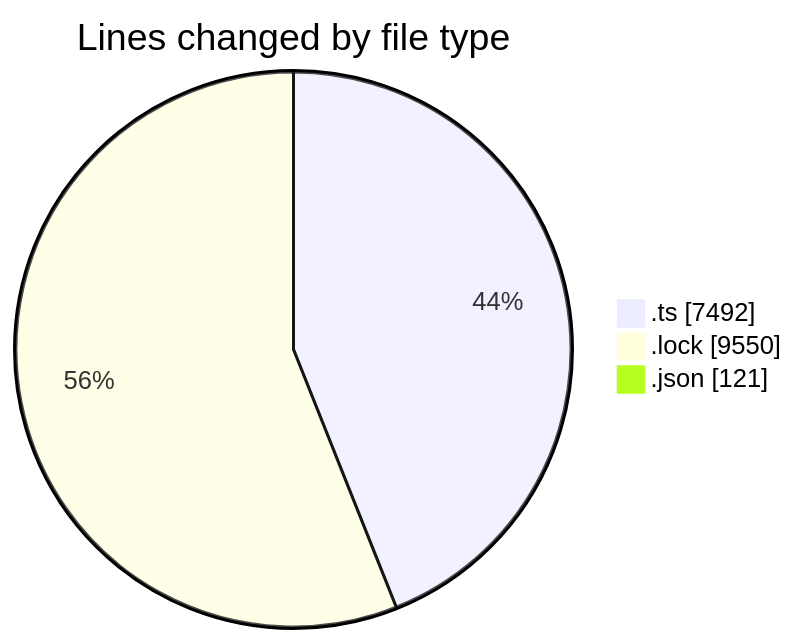
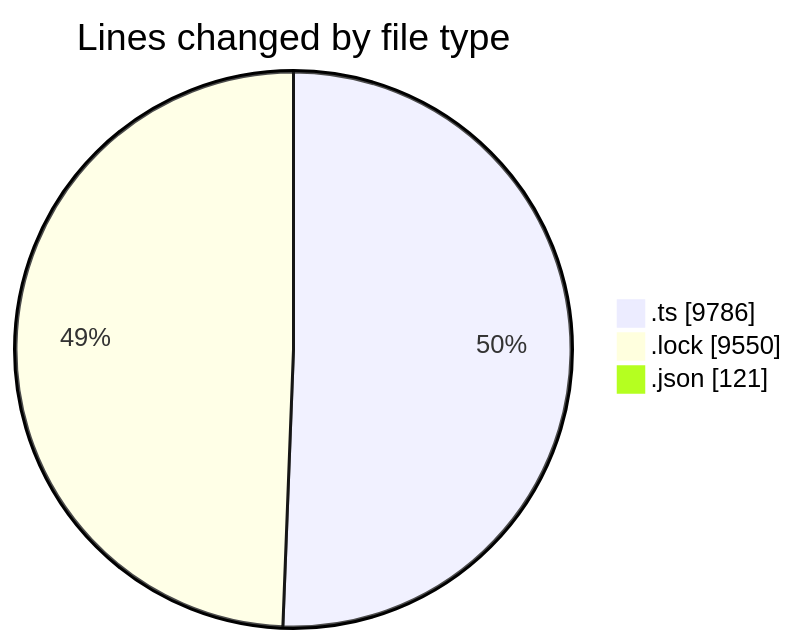
The first of 2 diagrams in 2025-10-30/cda/README.md (momahboobian/code-tracking), drawn with Mermaid before and after one commit. The commit also changed other lines of this file and 1 other file, not shown here.

````diff
--- a/2025-10-30/cda/README.md
+++ b/2025-10-30/cda/README.md
@@ -28,7 +28,7 @@
 ```mermaid
 pie showData
 title Lines changed by file type
-".ts" : 7492
+".ts" : 9786
 ".lock" : 9550
 ".json" : 121
 ```
````
